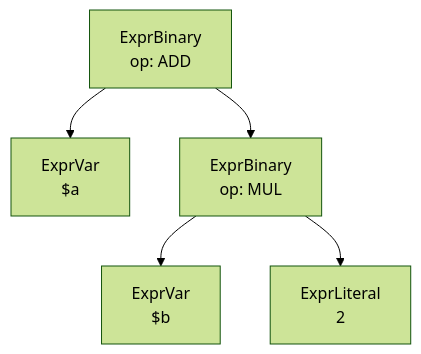
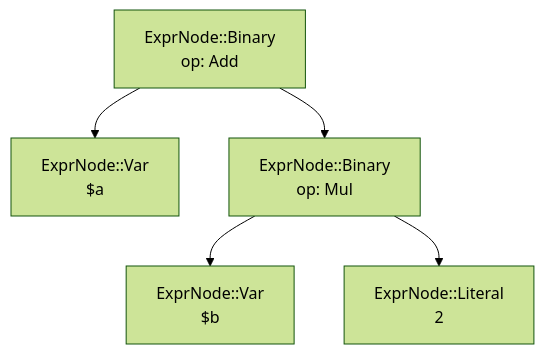
One commit to bitwisecook/tcl-lsp changed the third of 33 diagrams in docs/GLOSSARY.md. Above: the diagram before and after it, drawn with Mermaid (forest theme). The commit also changed other lines of this file and 1 other file, not shown here.

Commit message:
docs: fix stale Python-era file refs in expression-parsing.md
expr_parser.py/expr_ast.py no longer exist post-Rust-rewrite; point
readers at rust/tcl-syntax/src/expr/{parser,ast}.rs and
rust/tcl-lexer/src/expr_lexer.rs's irules_ops() instead, and swap the
old ExprVar/ExprLiteral/ExprBinary/ExprRaw node names for the current
ExprNode::{Var,Literal,Binary,Raw} shapes. Binding-power content is
untouched. Also fixes the same staleness in GLOSSARY.md's AST entry,
which links directly to this doc.

Fixes #989

````diff
--- a/docs/GLOSSARY.md
+++ b/docs/GLOSSARY.md
@@ -71,7 +71,7 @@
 ```mermaid
 graph TD
-    ADD["ExprBinary<br/>op: ADD"] --> VAR_A["ExprVar<br/>$a"]
-    ADD --> MUL["ExprBinary<br/>op: MUL"]
-    MUL --> VAR_B["ExprVar<br/>$b"]
-    MUL --> LIT["ExprLiteral<br/>2"]
+    ADD["ExprNode::Binary<br/>op: Add"] --> VAR_A["ExprNode::Var<br/>$a"]
+    ADD --> MUL["ExprNode::Binary<br/>op: Mul"]
+    MUL --> VAR_B["ExprNode::Var<br/>$b"]
+    MUL --> LIT["ExprNode::Literal<br/>2"]
 ```
````
